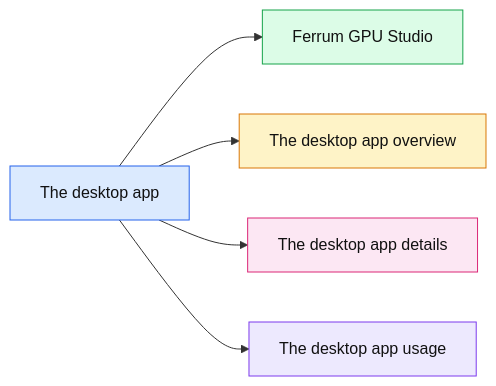
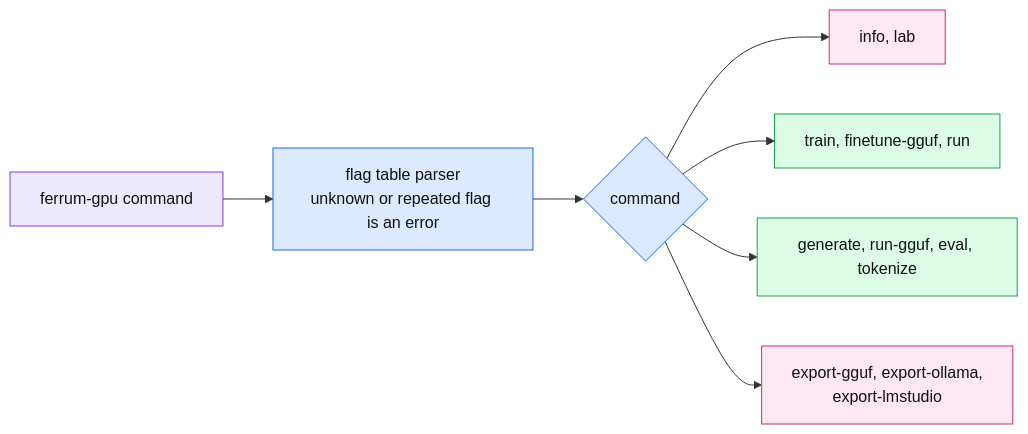
Before and after one commit to thomascherickal/ferrum-gpu: the eighth of 21 diagrams in readme.md, drawn with Mermaid. The commit also changed other lines of this file and 4 other files, not shown here.

First line of the commit message:
docs: hand-drawn data-flow diagrams for the readme, architecture and GUI pages

````diff
--- a/readme.md
+++ b/readme.md
@@ -236,13 +235,14 @@
 ```mermaid
 flowchart LR
-    a["The desktop app"]:::root
-    a --> n0["Ferrum GPU Studio"]:::c0
-    a --> n1["The desktop app overview"]:::c1
-    a --> n2["The desktop app details"]:::c2
-    a --> n3["The desktop app usage"]:::c3
-    classDef root fill:#dbeafe,stroke:#2563eb,color:#111
-    classDef c0 fill:#dcfce7,stroke:#16a34a,color:#111
-    classDef c1 fill:#fef3c7,stroke:#d97706,color:#111
-    classDef c2 fill:#fce7f3,stroke:#db2777,color:#111
-    classDef c3 fill:#ede9fe,stroke:#7c3aed,color:#111
+    cli["ferrum-gpu command"]:::host --> par["flag table parser<br/>unknown or repeated flag is an error"]:::core
+    par --> cmd{"command"}:::core
+    cmd --> a["info, lab"]:::io
+    cmd --> b["train, finetune-gguf, run"]:::gpu
+    cmd --> c["generate, run-gguf, eval, tokenize"]:::gpu
+    cmd --> d["export-gguf, export-ollama,<br/>export-lmstudio"]:::io
+    classDef core fill:#dbeafe,stroke:#2563eb,color:#111
+    classDef gpu fill:#dcfce7,stroke:#16a34a,color:#111
+    classDef cpu fill:#fef3c7,stroke:#d97706,color:#111
+    classDef io fill:#fce7f3,stroke:#db2777,color:#111
+    classDef host fill:#ede9fe,stroke:#7c3aed,color:#111
 ```
````
